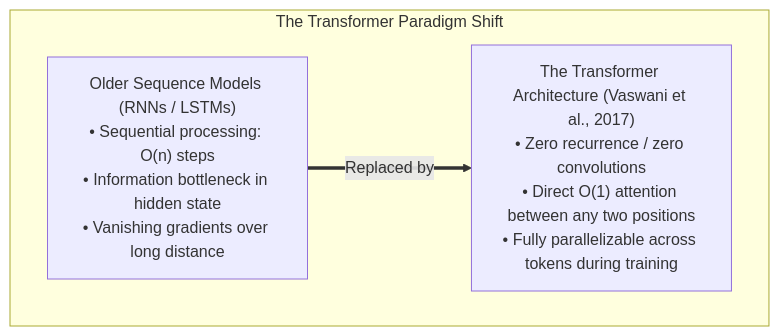
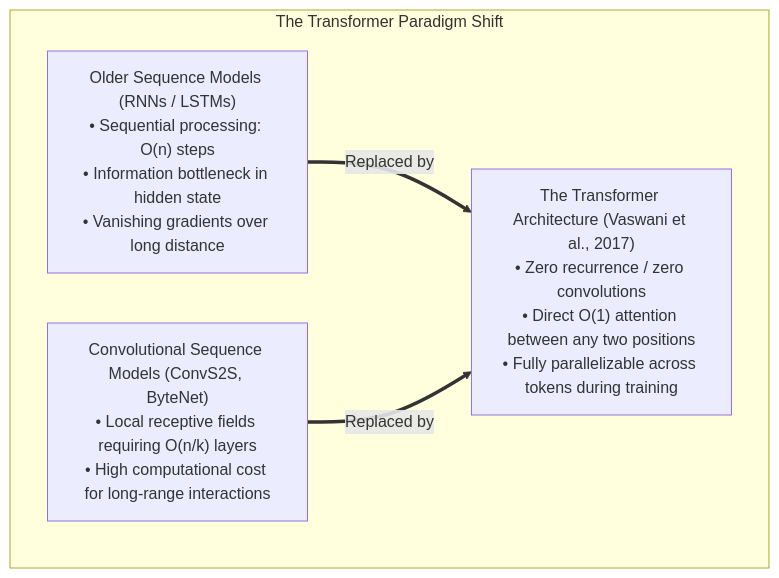
Before and after one commit to Amie-dev/Forward-Deployed-Engineer: the first of 10 diagrams in Lecture 01/notes/05_Attention_Mechanism_Transformers_and_LLMs.md, drawn with Mermaid. The commit also changed other lines of this file and 4 other files, not shown here.

````diff
--- a/Lecture 01/notes/05_Attention_Mechanism_Transformers_and_LLMs.md
+++ b/Lecture 01/notes/05_Attention_Mechanism_Transformers_and_LLMs.md
@@ -7,10 +7,12 @@
 ```mermaid
 flowchart TD
     subgraph Paradigm_Shift ["The Transformer Paradigm Shift"]
         RNN["Older Sequence Models (RNNs / LSTMs)<br/>• Sequential processing: O(n) steps<br/>• Information bottleneck in hidden state<br/>• Vanishing gradients over long distance"]
+        Conv["Convolutional Sequence Models (ConvS2S, ByteNet)<br/>• Local receptive fields requiring O(n/k) layers<br/>• High computational cost for long-range interactions"]
         
         Trans["The Transformer Architecture (Vaswani et al., 2017)<br/>• Zero recurrence / zero convolutions<br/>• Direct O(1) attention between any two positions<br/>• Fully parallelizable across tokens during training"]
         
         RNN ==>|Replaced by| Trans
+        Conv ==>|Replaced by| Trans
     end
 ```
````
